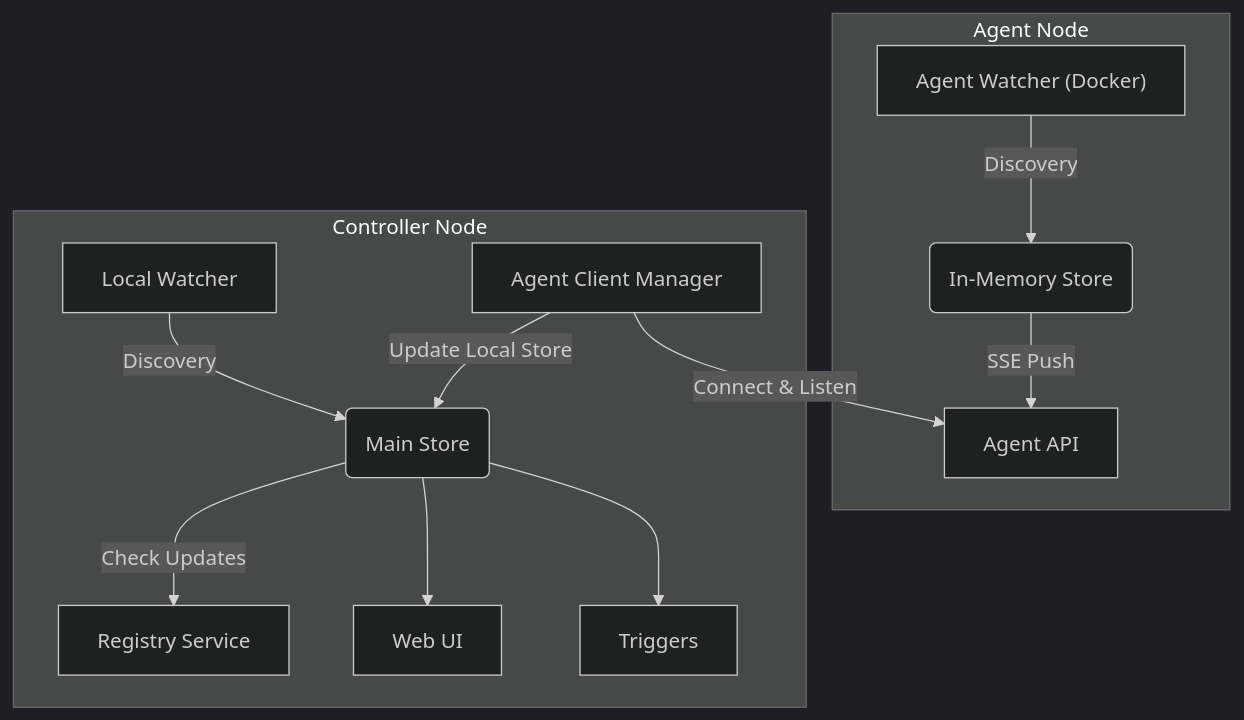
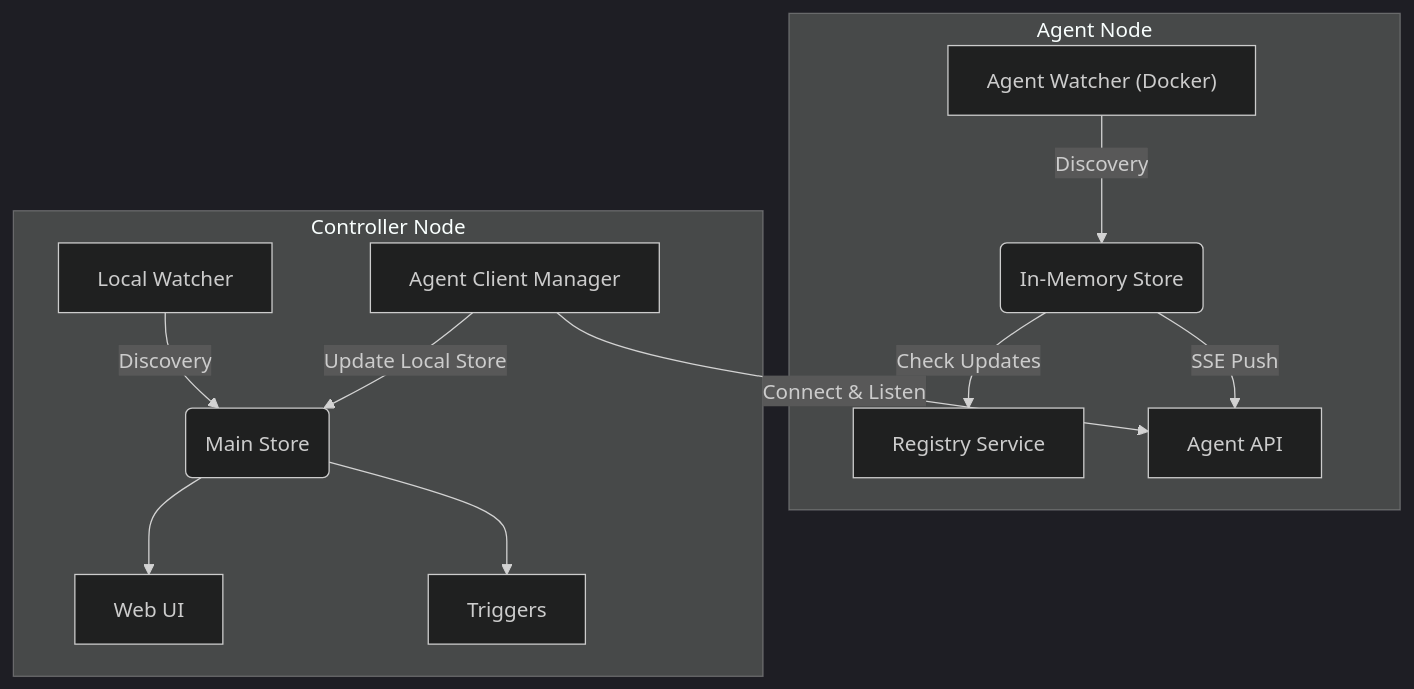
Before and after one commit to avargaskun/wud: the diagram in .agent/agent-mode/design.md, drawn with Mermaid (dark theme). The commit also changed other lines of this file and 12 other files, not shown here.

````diff
--- a/.agent/agent-mode/design.md
+++ b/.agent/agent-mode/design.md
@@ -9,15 +9,15 @@
 ```mermaid
 graph TD
     subgraph Agent Node
         A[Agent Watcher #40;Docker#41;] -->|Discovery| B(In-Memory Store)
+        B -->|Check Updates| J[Registry Service]
         B -->|SSE Push| C[Agent API]
     end
     subgraph Controller Node
         D[Agent Client Manager] -->|Connect & Listen| C
         D -->|Update Local Store| E(Main Store)
         F[Local Watcher] -->|Discovery| E
-        E -->|Check Updates| G[Registry Service]
         E --> H[Web UI]
         E --> I[Triggers]
     end
 ```
````
